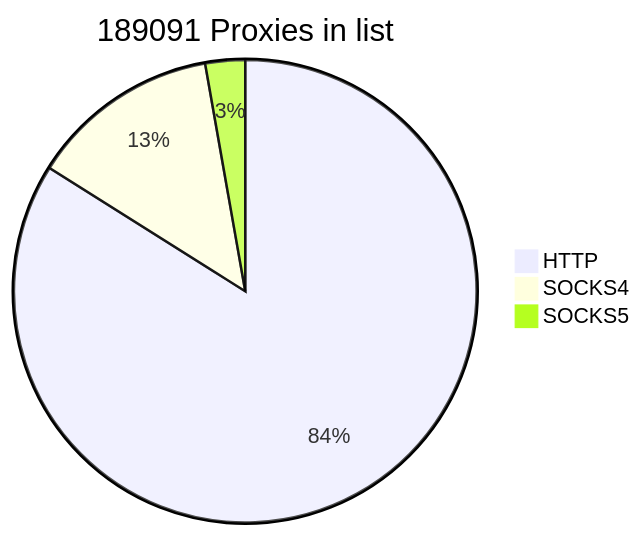
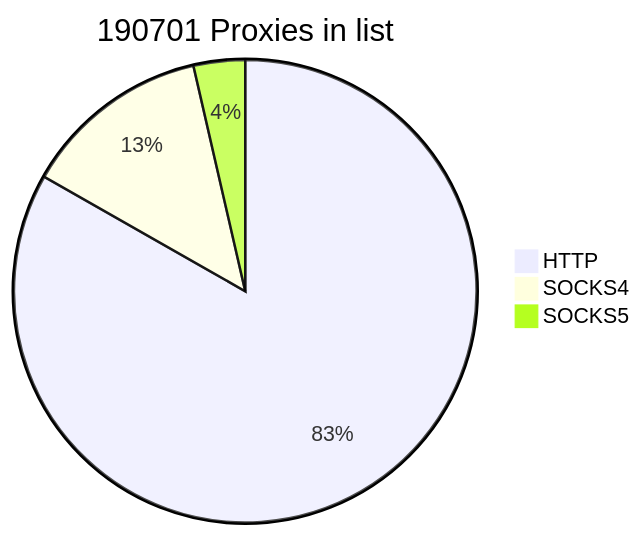
Before and after one commit to cutipu/proxylist: the first of 2 diagrams in README.md, drawn with Mermaid. The commit also changed other lines of this file, not shown here.

````diff
--- a/README.md
+++ b/README.md
@@ -2,7 +2,7 @@
 ```mermaid
-pie title 189091 Proxies in list
-    "HTTP" : 158735
-    "SOCKS4" : 25102
-    "SOCKS5" : 5254
+pie title 190701 Proxies in list
+    "HTTP" : 158736
+    "SOCKS4" : 25105
+    "SOCKS5" : 6860
             
 ```
````
